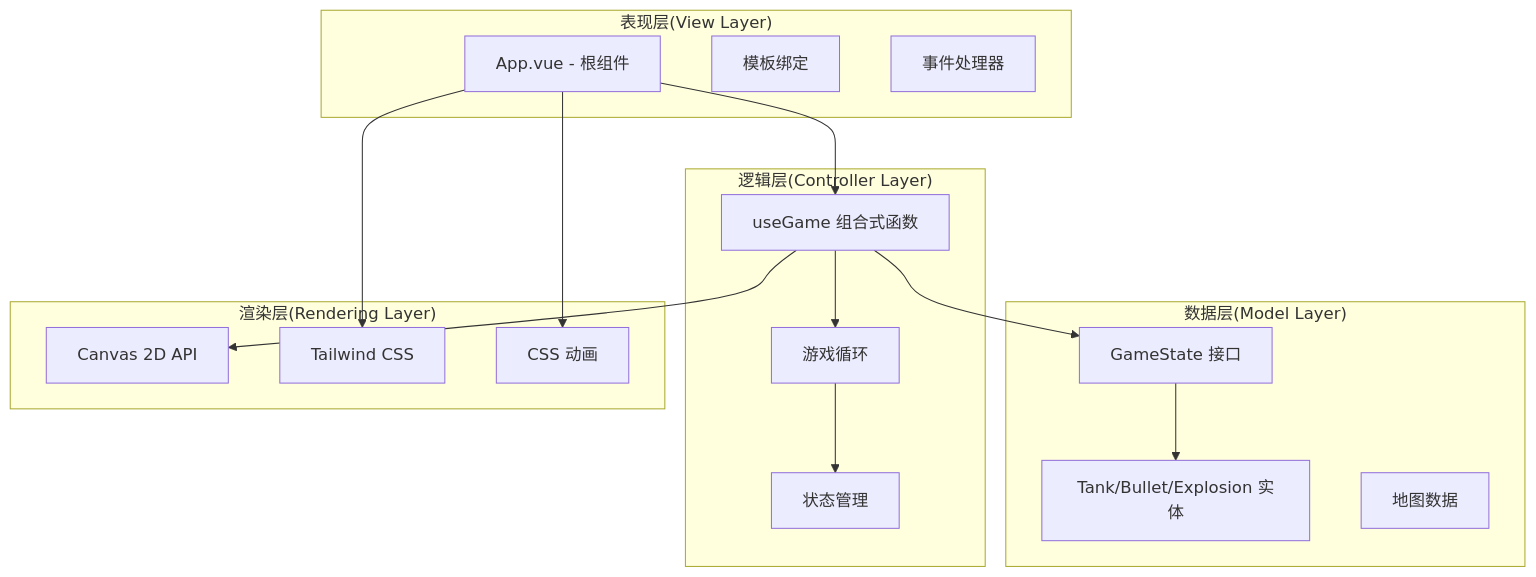
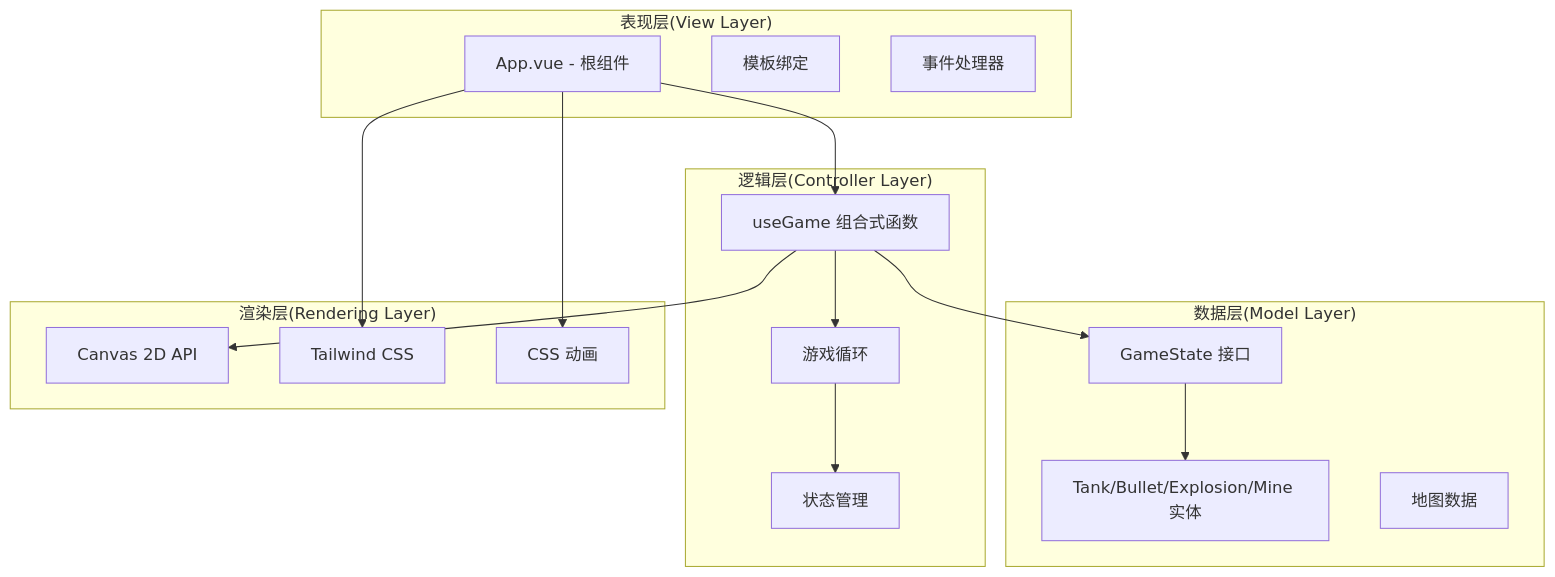
One commit to mrancc/reimagined-journey changed the second of 9 diagrams in .qoder/repowiki/zh/content/组件系统.md. Above: the diagram before and after it, drawn with Mermaid. The commit also changed other lines of this file and 8 other files, not shown here.

````diff
--- a/.qoder/repowiki/zh/content/组件系统.md
+++ b/.qoder/repowiki/zh/content/组件系统.md
@@ -160,31 +184,31 @@
 ```mermaid
 graph TB
 subgraph "表现层(View Layer)"
 A[App.vue - 根组件]
 B[模板绑定]
 C[事件处理器]
 end
 subgraph "逻辑层(Controller Layer)"
 D[useGame 组合式函数]
 E[游戏循环]
 F[状态管理]
 end
 subgraph "数据层(Model Layer)"
 G[GameState 接口]
-H[Tank/Bullet/Explosion 实体]
+H[Tank/Bullet/Explosion/Mine 实体]
 I[地图数据]
 end
 subgraph "渲染层(Rendering Layer)"
 J[Canvas 2D API]
 K[Tailwind CSS]
 L[CSS 动画]
 end
 A --> D
 D --> G
 G --> H
 D --> J
 A --> K
 A --> L
 D --> E
 E --> F
 ```
````
